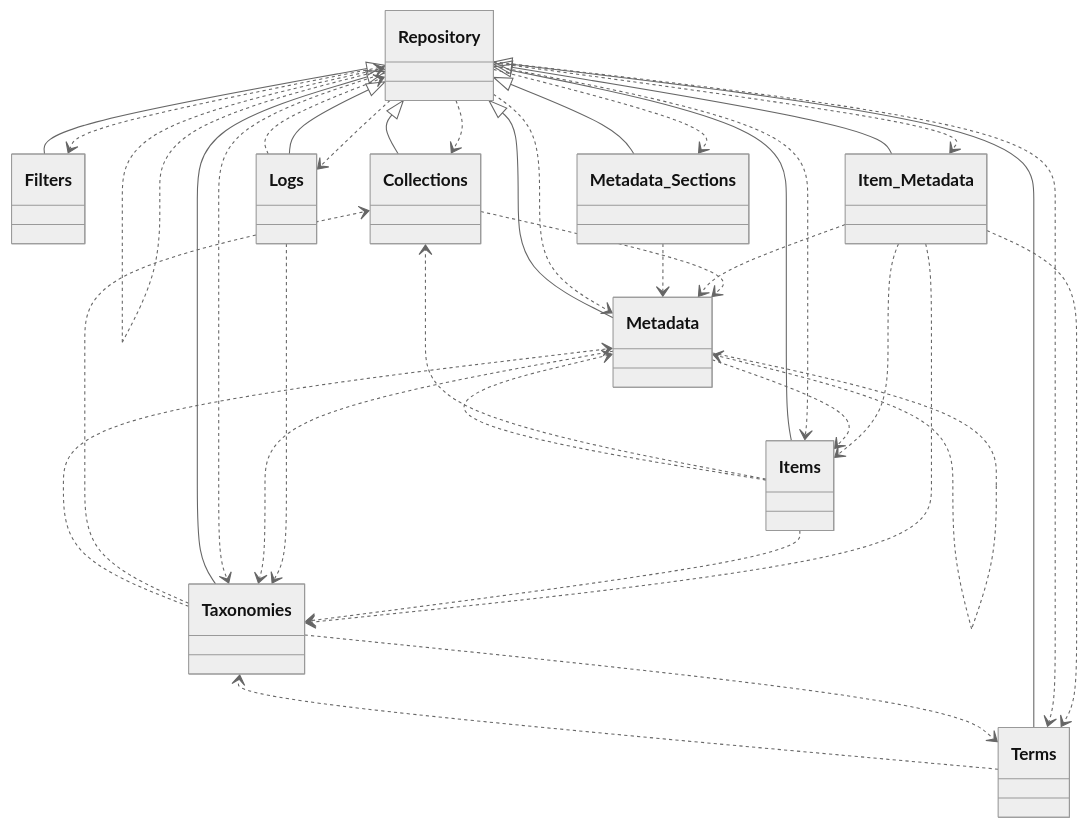
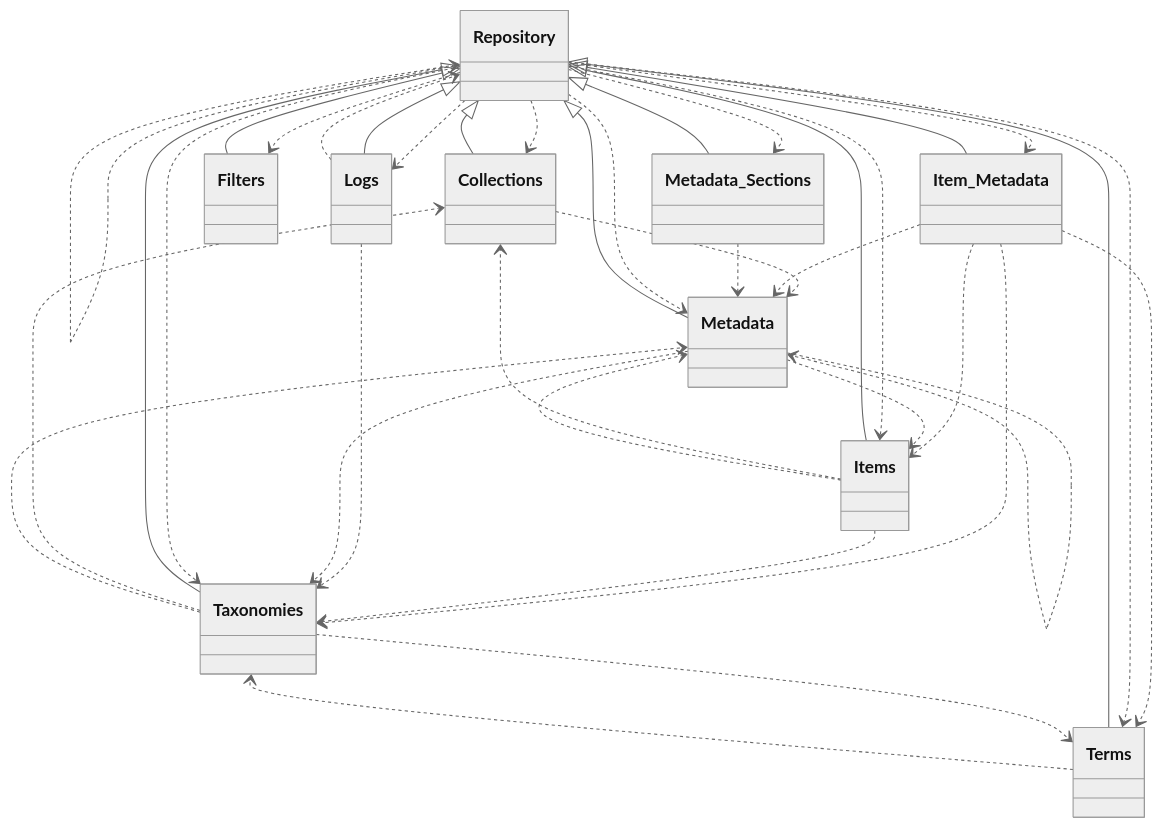
Before and after one commit to tainacan/tainacan: the diagram in docs/diagrams/tainacan-namespace-Tainacan-Repositories.mmd, drawn with Mermaid (neutral theme). The commit also changed other lines of this file and 62 other files, not shown here.

```diff
--- a/docs/diagrams/tainacan-namespace-Tainacan-Repositories.mmd
+++ b/docs/diagrams/tainacan-namespace-Tainacan-Repositories.mmd
@@ -1,50 +1,50 @@
 classDiagram
     direction TB
     class Repository { }
+    class Items { }
+    class Item_Metadata { }
+    class Logs { }
+    class Collections { }
+    class Metadata_Sections { }
+    class Logs { }
     class Filters { }
+    class Taxonomies { }
     class Terms { }
-    class Logs { }
-    class Logs { }
-    class Metadata_Sections { }
-    class Item_Metadata { }
-    class Items { }
-    class Taxonomies { }
-    class Collections { }
     class Metadata { }
     Collections ..> Metadata
     Item_Metadata ..> Items
     Item_Metadata ..> Metadata
     Item_Metadata ..> Taxonomies
     Item_Metadata ..> Terms
     Items ..> Collections
     Items ..> Metadata
     Items ..> Taxonomies
     Logs ..> Repository
     Logs ..> Taxonomies
     Metadata ..> Items
     Metadata ..> Metadata
     Metadata ..> Taxonomies
     Metadata_Sections ..> Metadata
     Repository ..> Collections
     Repository ..> Filters
     Repository ..> Item_Metadata
     Repository ..> Items
     Repository ..> Logs
     Repository ..> Metadata
     Repository ..> Metadata_Sections
     Repository ..> Repository
     Repository ..> Taxonomies
     Repository ..> Terms
     Repository <|-- Collections
     Repository <|-- Filters
     Repository <|-- Item_Metadata
     Repository <|-- Items
     Repository <|-- Logs
     Repository <|-- Metadata
     Repository <|-- Metadata_Sections
     Repository <|-- Taxonomies
     Repository <|-- Terms
     Taxonomies ..> Collections
     Taxonomies ..> Metadata
     Taxonomies ..> Terms
     Terms ..> Taxonomies
```
